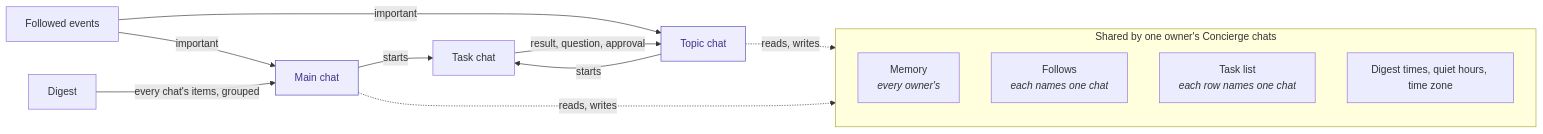
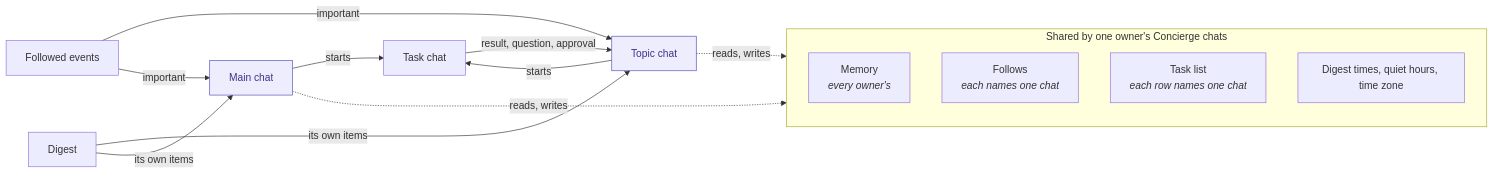
One commit to rome-os/rome changed the diagram in docs/architecture/concierge.md. Above: the diagram before and after it, drawn with Mermaid. The commit also changed other lines of this file and 10 other files, not shown here.

First line of the commit message:
feat(concierge): send each followed chat's digest to that chat (#1956)

````diff
--- a/docs/architecture/concierge.md
+++ b/docs/architecture/concierge.md
@@ -7,26 +7,27 @@
 ```mermaid
 flowchart LR
     subgraph Shared["Shared by one owner's Concierge chats"]
         Memory["Memory<br/><i>every owner's</i>"]
         Follows["Follows<br/><i>each names one chat</i>"]
         Tasks["Task list<br/><i>each row names one chat</i>"]
         Rules["Digest times, quiet hours, time zone"]
     end
     Main["Main chat"]
     Topic["Topic chat"]
     TaskChat["Task chat"]
     Events["Followed events"]
     Digest["Digest"]
 
     Main -- starts --> TaskChat
     Topic -- starts --> TaskChat
     TaskChat -- result, question, approval --> Topic
     Events -- important --> Topic
     Events -- important --> Main
-    Digest -- every chat's items, grouped --> Main
+    Digest -- its own items --> Topic
+    Digest -- its own items --> Main
     Main -. reads, writes .-> Shared
     Topic -. reads, writes .-> Shared
 
     classDef chat fill:#EEEDFE,stroke:#534AB7,color:#3C3489
     class Main,Topic chat
 ```
````
